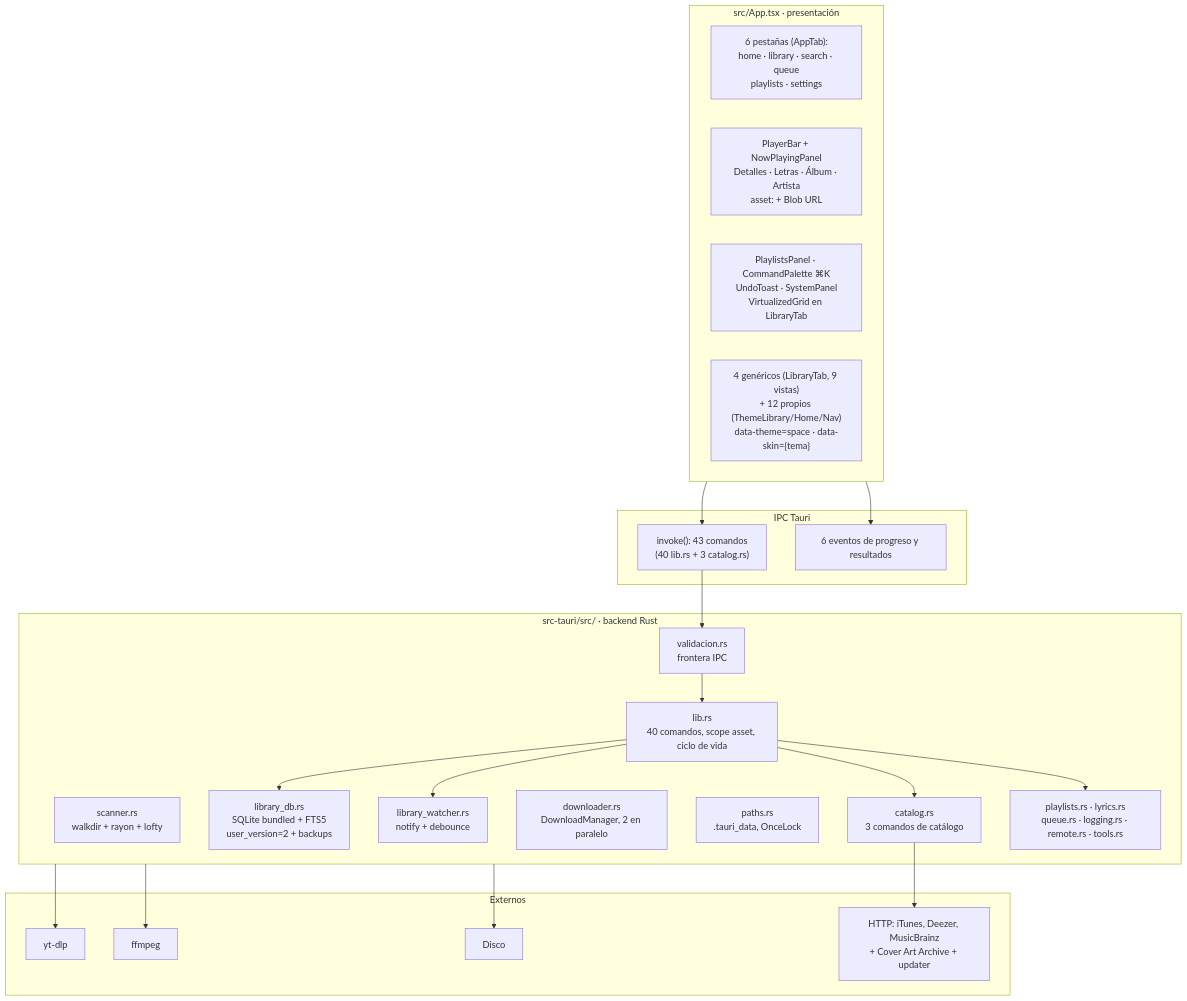
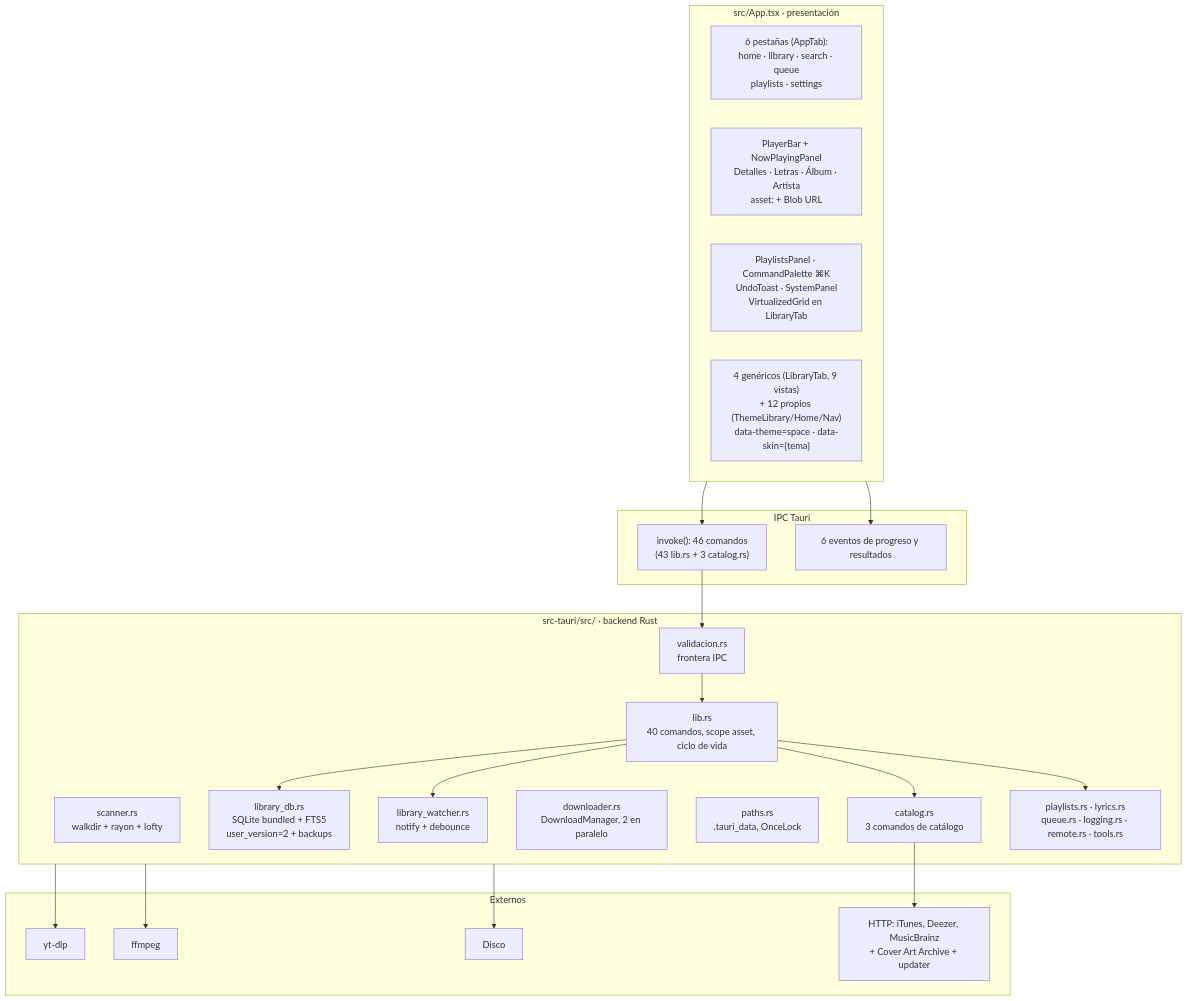
The second of 5 diagrams in docs/arquitectura.md (YordanoCS1/sakura-music), drawn with Mermaid before and after one commit. The commit also changed 26 other files, not shown here.

````diff
--- a/docs/arquitectura.md
+++ b/docs/arquitectura.md
@@ -28,46 +28,46 @@
 ```mermaid
 flowchart TB
     subgraph UI["src/App.tsx · presentación"]
         TABS["6 pestañas (AppTab):<br/>home · library · search · queue<br/>playlists · settings"]
         PLAYER["PlayerBar + NowPlayingPanel<br/>Detalles · Letras · Álbum · Artista<br/>asset: + Blob URL"]
         PANEL["PlaylistsPanel · CommandPalette ⌘K<br/>UndoToast · SystemPanel<br/>VirtualizedGrid en LibraryTab"]
         THEME["4 genéricos (LibraryTab, 9 vistas)<br/>+ 12 propios (ThemeLibrary/Home/Nav)<br/>data-theme=space · data-skin={tema}"]
     end
 
     subgraph IPC["IPC Tauri"]
-        CMD["invoke(): 43 comandos<br/>(40 lib.rs + 3 catalog.rs)"]
+        CMD["invoke(): 46 comandos<br/>(43 lib.rs + 3 catalog.rs)"]
         EVT["6 eventos de progreso y resultados"]
     end
 
     subgraph CORE["src-tauri/src/ · backend Rust"]
         SCAN["scanner.rs<br/>walkdir + rayon + lofty"]
         DB["library_db.rs<br/>SQLite bundled + FTS5<br/>user_version=2 + backups"]
         WATCH["library_watcher.rs<br/>notify + debounce"]
         DL["downloader.rs<br/>DownloadManager, 2 en paralelo"]
         PATH["paths.rs<br/>.tauri_data, OnceLock"]
         LIB["lib.rs<br/>40 comandos, scope asset, ciclo de vida"]
         CATALOG["catalog.rs<br/>3 comandos de catálogo"]
         VAL["validacion.rs<br/>frontera IPC"]
         PL["playlists.rs · lyrics.rs<br/>queue.rs · logging.rs · remote.rs · tools.rs"]
     end
 
     subgraph EXT["Externos"]
         YTDLP["yt-dlp"]
         FFMPEG["ffmpeg"]
         NET["HTTP: iTunes, Deezer, MusicBrainz<br/>+ Cover Art Archive + updater"]
         DISK["Disco"]
     end
 
     UI --> CMD
     UI --> EVT
     CMD --> VAL
     VAL --> LIB
     LIB --> DB
     LIB --> WATCH
     LIB --> CATALOG
     LIB --> PL
     CORE --> YTDLP
     CORE --> FFMPEG
     CATALOG --> NET
     CORE --> DISK
 ```
````
